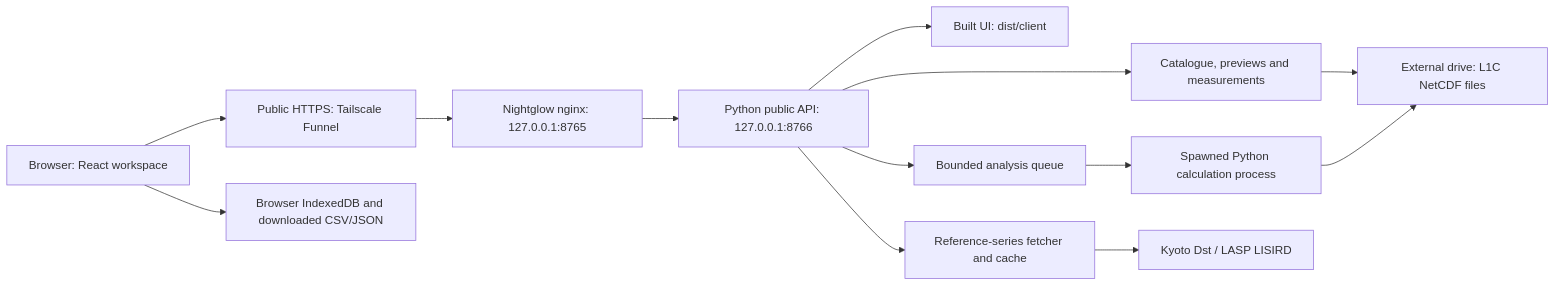
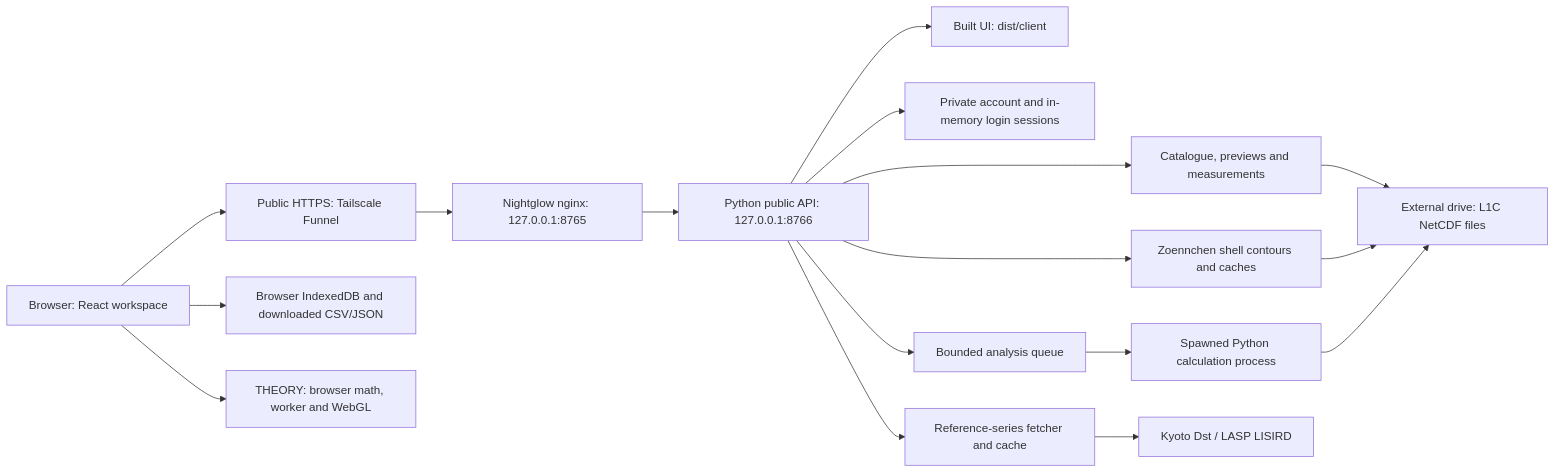
The diagram in README.md (lucastsui/carruthers-observation-lab), drawn with Mermaid before and after one commit. The commit also changed other lines of this file, not shown here.

````diff
--- a/README.md
+++ b/README.md
@@ -451,15 +471,19 @@
 ```mermaid
 flowchart LR
     Browser["Browser: React workspace"] --> Funnel["Public HTTPS: Tailscale Funnel"]
     Funnel --> Gateway["Nightglow nginx: 127.0.0.1:8765"]
     Gateway --> API["Python public API: 127.0.0.1:8766"]
     API --> Static["Built UI: dist/client"]
+    API --> Auth["Private account and in-memory login sessions"]
     API --> Science["Catalogue, previews and measurements"]
+    API --> Model["Zoennchen shell contours and caches"]
     API --> Queue["Bounded analysis queue"]
     Queue --> Worker["Spawned Python calculation process"]
     Science --> Data["External drive: L1C NetCDF files"]
+    Model --> Data
     Worker --> Data
     API --> Weather["Reference-series fetcher and cache"]
     Weather --> Sources["Kyoto Dst / LASP LISIRD"]
     Browser --> Saves["Browser IndexedDB and downloaded CSV/JSON"]
+    Browser --> Theory["THEORY: browser math, worker and WebGL"]
 ```
````
